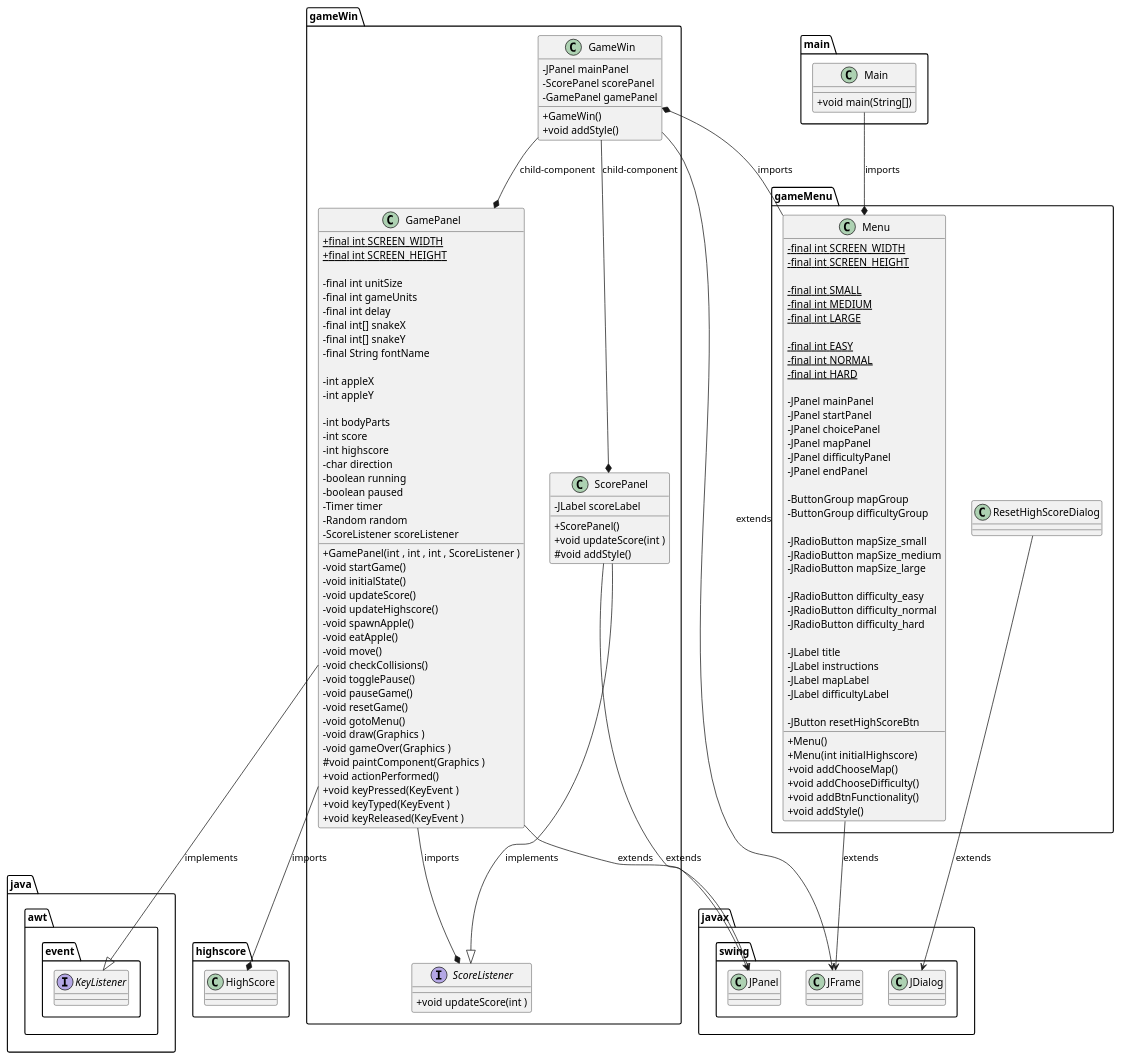
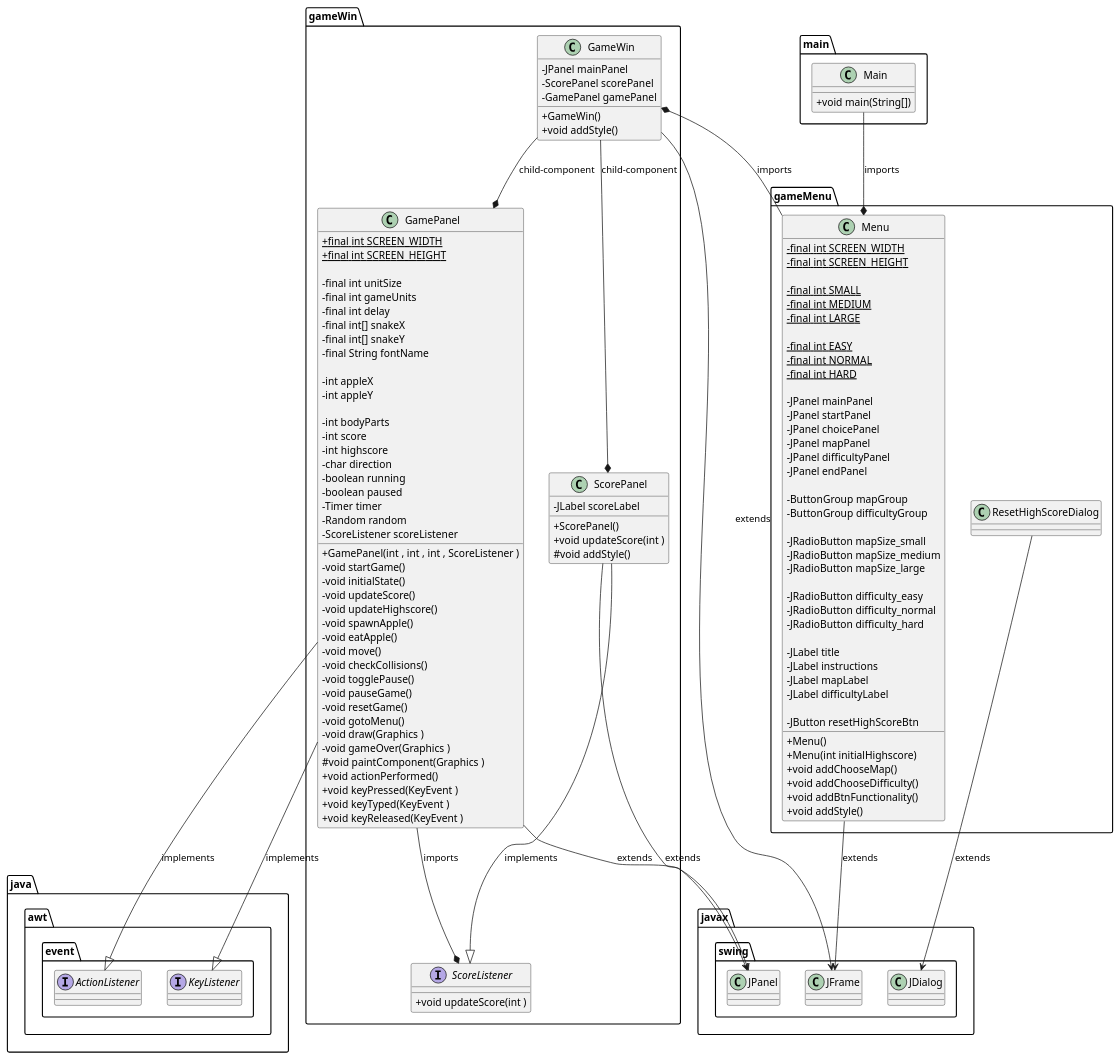
One commit to ShaheerSharif/snake-game-4th-sem changed the diagram in docs/puml/gameClass.puml. Above: the diagram before and after it, drawn with PlantUML.

Commit message:
FINAL LAST COMMIT ❗❗❗❗❗❗❗❗❗❗❗❗❗❗❗

```diff
--- a/docs/puml/gameClass.puml
+++ b/docs/puml/gameClass.puml
@@ -1,165 +1,166 @@
 @startuml gameClassDiagram
 
     skinparam classAttributeIconSize 0
 
     gameMenu.ResetHighScoreDialog --> javax.swing.JDialog : extends
     gameMenu.Menu --> javax.swing.JFrame : extends
     gameWin.GameWin --> javax.swing.JFrame : extends
     gameWin.GamePanel --> javax.swing.JPanel : extends
     gameWin.ScorePanel --> javax.swing.JPanel : extends
 
     gameWin.GamePanel --|> java.awt.event.KeyListener : implements
+    gameWin.GamePanel --|> java.awt.event.ActionListener : implements
     gameWin.ScorePanel --|> gameWin.ScoreListener : implements
 
     gameWin.GameWin --* gameWin.ScorePanel : child-component
     gameWin.GameWin --* gameWin.GamePanel : child-component
 
     gameMenu.Menu -left-* gameWin.GameWin : imports
-    gameWin.GamePanel --* highscore.HighScore : imports
     gameWin.GamePanel --* gameWin.ScoreListener : imports
     main.Main --* gameMenu.Menu : imports
 
     package main {
         class Main
     }
 
     package gameMenu {
         class gameMenu.Menu
         class gameMenu.ResetHighScoreDialog
     }
 
     package gameWin {
         class gameWin.GameWin
         class gameWin.GamePanel
         class gameWin.ScorePanel
         interface gameWin.ScoreListener
 
     }
 
     package javax.swing {
         class javax.swing.JFrame
         class javax.swing.JDialog
         class javax.swing.JPanel
     }
 
     package java.awt.event {
         interface java.awt.event.KeyListener
+        interface java.awt.event.ActionListener
     }
 
     class main.Main {
         +void main(String[])
     }
 
     class gameMenu.Menu {
         -final int {static} SCREEN_WIDTH
         -final int {static} SCREEN_HEIGHT
         
         -final int {static} SMALL
         -final int {static} MEDIUM
         -final int {static} LARGE
         
         -final int {static} EASY
         -final int {static} NORMAL
         -final int {static} HARD
 
         -JPanel mainPanel
         -JPanel startPanel
         -JPanel choicePanel
         -JPanel mapPanel
         -JPanel difficultyPanel
         -JPanel endPanel
 
         -ButtonGroup mapGroup
         -ButtonGroup difficultyGroup
 
         -JRadioButton mapSize_small
         -JRadioButton mapSize_medium
         -JRadioButton mapSize_large
 
         -JRadioButton difficulty_easy
         -JRadioButton difficulty_normal
         -JRadioButton difficulty_hard
 
         -JLabel title
         -JLabel instructions
         -JLabel mapLabel
         -JLabel difficultyLabel
 
         -JButton resetHighScoreBtn
 
         +Menu()
         +Menu(int initialHighscore)
         +void addChooseMap()
         +void addChooseDifficulty()
         +void addBtnFunctionality()
         +void addStyle()
     }
 
     class gameWin.GamePanel {
         +final int {static} SCREEN_WIDTH
         +final int {static} SCREEN_HEIGHT
 
         -final int unitSize
         -final int gameUnits
         -final int delay
         -final int[] snakeX
         -final int[] snakeY
         -final String fontName
 
         -int appleX
         -int appleY
         
         -int bodyParts
         -int score
         -int highscore
         -char direction
         -boolean running
         -boolean paused
         -Timer timer
         -Random random
         -ScoreListener scoreListener
 
         +GamePanel(int , int , int , ScoreListener )
         -void startGame()
         -void initialState()
         -void updateScore()
         -void updateHighscore()
         -void spawnApple()
         -void eatApple()
         -void move()
         -void checkCollisions()
         -void togglePause()
         -void pauseGame()
         -void resetGame()
         -void gotoMenu()
         -void draw(Graphics )
         -void gameOver(Graphics )
         #void paintComponent(Graphics )
         +void actionPerformed()
         +void keyPressed(KeyEvent )
         +void keyTyped(KeyEvent )
         +void keyReleased(KeyEvent )
     }
 
     class gameWin.ScorePanel {
         -JLabel scoreLabel
         
         +ScorePanel()
         +void updateScore(int )
         #void addStyle()
     }
 
     class gameWin.GameWin {
         -JPanel mainPanel
         -ScorePanel scorePanel
         -GamePanel gamePanel
 
         +GameWin()
         +void addStyle()
     }
 
     interface gameWin.ScoreListener {
         +void updateScore(int )
     }
 
 @enduml
```
